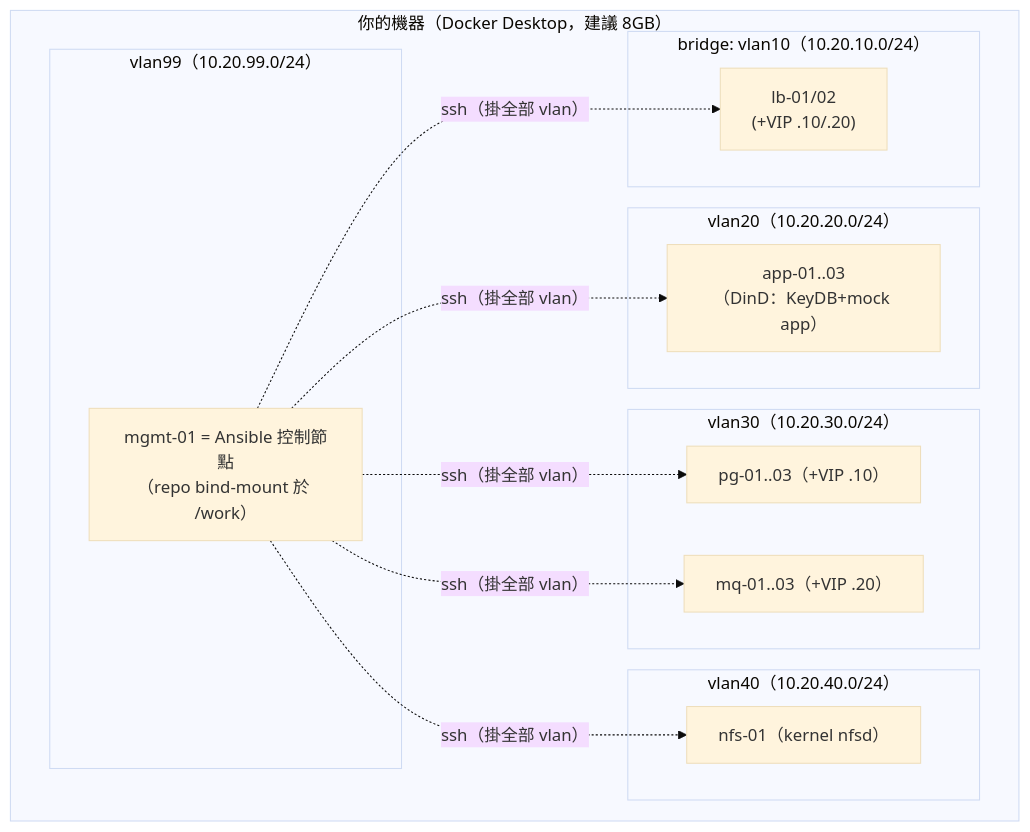
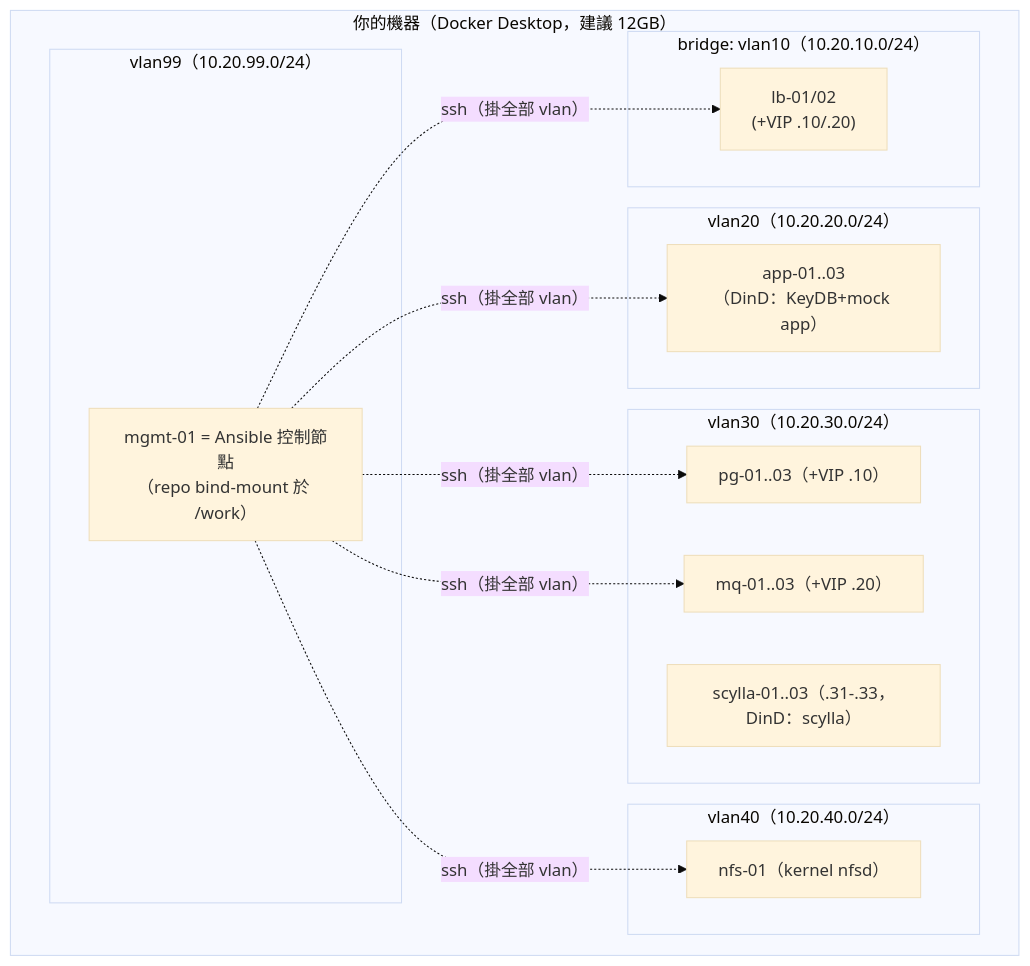
One commit to JustinHsu0320/onpremis_gitops changed diagram 12 of 12 in README.md. Above: the diagram before and after it, drawn with Mermaid (base theme). The commit also changed other lines of this file and 35 other files, not shown here.

````diff
--- a/README.md
+++ b/README.md
@@ -647,22 +657,23 @@
 ```mermaid
 graph TB
-    subgraph HOST["你的機器（Docker Desktop，建議 8GB）"]
+    subgraph HOST["你的機器（Docker Desktop，建議 12GB）"]
         subgraph V10["bridge: vlan10（10.20.10.0/24）"]
             LLB1["lb-01/02<br/>(+VIP .10/.20)"]
         end
         subgraph V20["vlan20（10.20.20.0/24）"]
             LAPP["app-01..03<br/>（DinD：KeyDB+mock app）"]
         end
         subgraph V30["vlan30（10.20.30.0/24）"]
             LPG["pg-01..03（+VIP .10）"]
             LMQ["mq-01..03（+VIP .20）"]
+            LSCY["scylla-01..03（.31-.33，DinD：scylla）"]
         end
         subgraph V40["vlan40（10.20.40.0/24）"]
             LNFS["nfs-01（kernel nfsd）"]
         end
         subgraph V99["vlan99（10.20.99.0/24）"]
             LMGMT["mgmt-01 = Ansible 控制節點<br/>（repo bind-mount 於 /work）"]
         end
     end
     LMGMT -.->|"ssh（掛全部 vlan）"| LLB1 & LAPP & LPG & LMQ & LNFS
 ```
````
